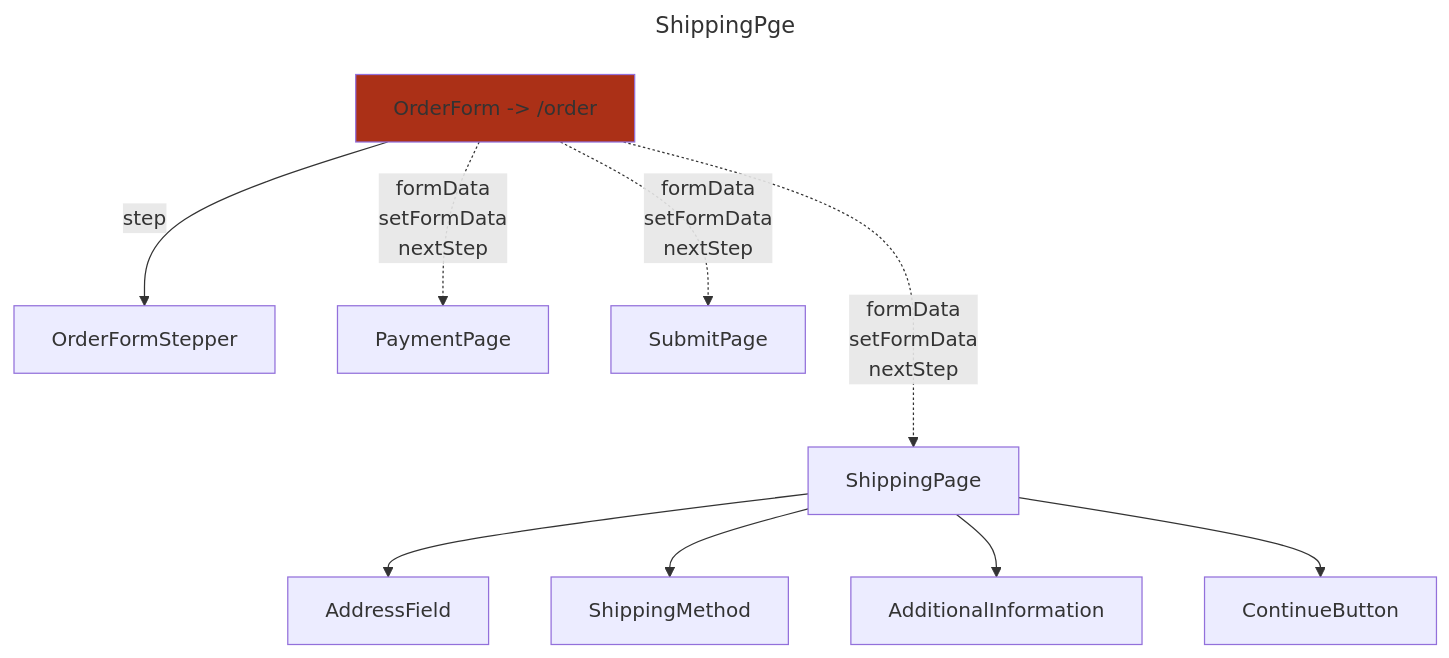
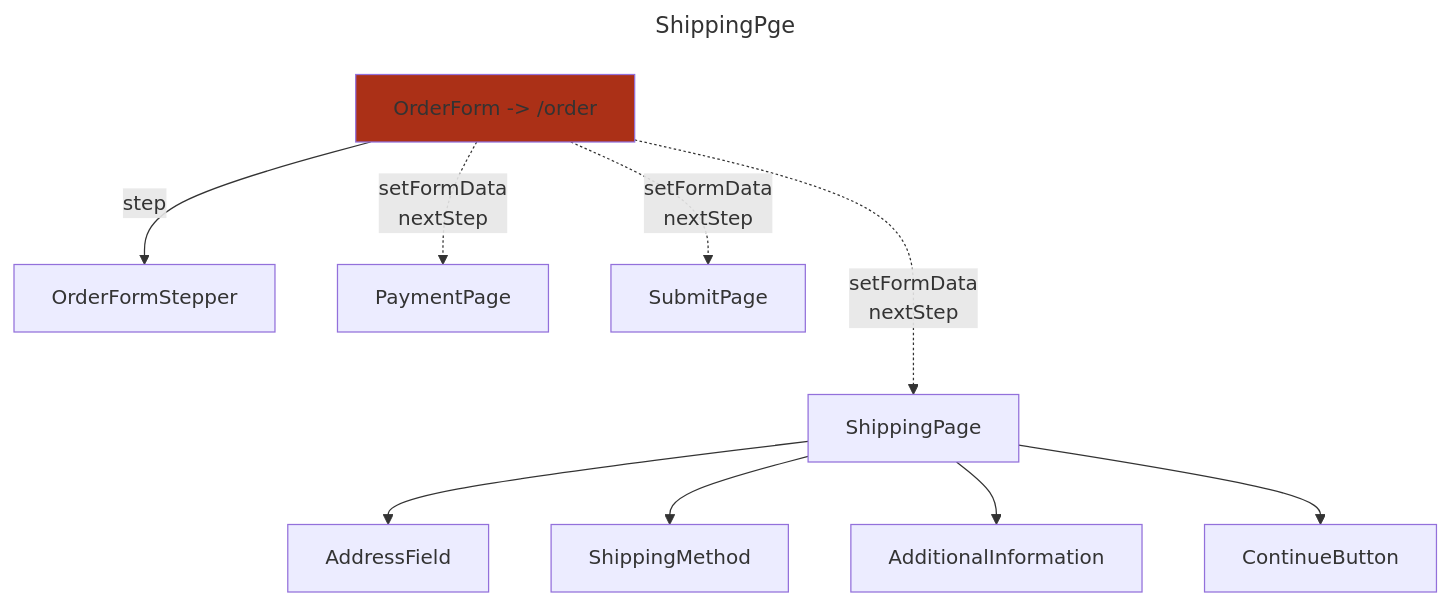
The diagram in apps/stock-center/diagrams/OrderComponentTree.md (dictyBase/frontendx), drawn with Mermaid before and after one commit.

Commit message:
chore(OrderComponentTree.md): refactor component tree diagram
The component tree diagram in OrderComponentTree.md has been refactored to improve readability and remove unnecessary information. The changes include:
- Removed the "formData" label from the arrows connecting A to C, D, and E.

````diff
--- a/apps/stock-center/diagrams/OrderComponentTree.md
+++ b/apps/stock-center/diagrams/OrderComponentTree.md
@@ -1,32 +1,32 @@
 ```mermaid
 ---
 title: ShippingPge
 ---
 
 flowchart TD
 
 A[OrderForm -> /order]
 B[OrderFormStepper]
 C[ShippingPage]
 D[PaymentPage]
 E[SubmitPage]
 
 C1[AddressField]
 C2[ShippingMethod]
 C3[AdditionalInformation]
 C4[ContinueButton]
 
 A -->|step| B
-A -..->|formData\n setFormData\n nextStep| C
-A -.->|formData\n setFormData\n nextStep| D
-A -.->|formData\n setFormData\n nextStep| E
+A -..->|setFormData\n nextStep| C
+A -.->|setFormData\n nextStep| D
+A -.->|setFormData\n nextStep| E
 
 C --> C1
 C --> C2
 C --> C3
 C --> C4
 
 classDef state fill:#ab3017
 
 class A state
 ```
````
